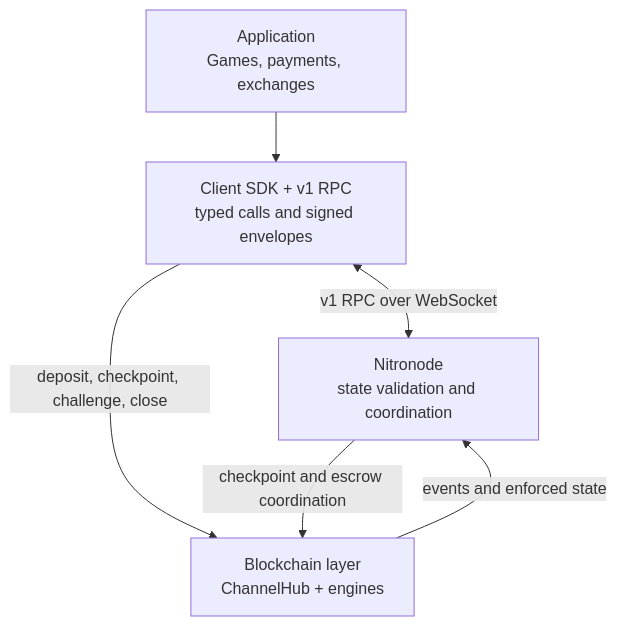
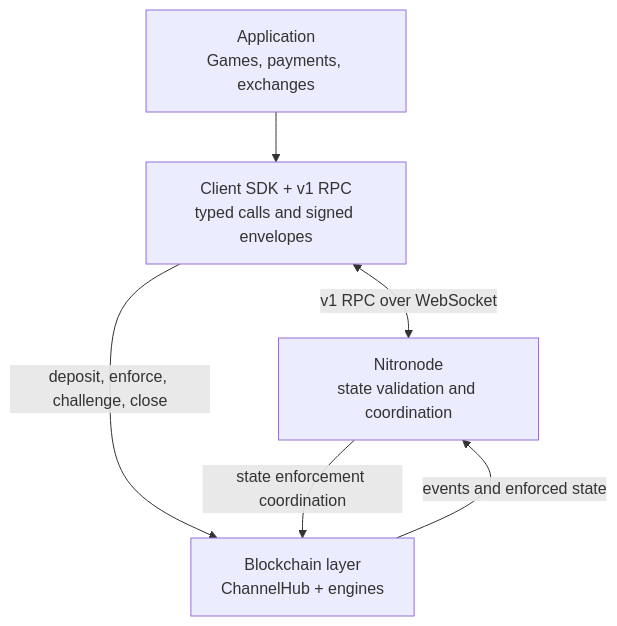
One commit to layer-3/docs changed the first of 3 diagrams in docs/nitrolite/learn/introduction/architecture-at-a-glance.mdx. Above: the diagram before and after it, drawn with Mermaid. The commit also changed other lines of this file and 20 other files, not shown here.

````diff
--- a/docs/nitrolite/learn/introduction/architecture-at-a-glance.mdx
+++ b/docs/nitrolite/learn/introduction/architecture-at-a-glance.mdx
@@ -16,13 +16,13 @@
 ```mermaid
 flowchart TB
   app["Application<br/>Games, payments, exchanges"]
   sdk["Client SDK + v1 RPC<br/>typed calls and signed envelopes"]
   node["Nitronode<br/>state validation and coordination"]
   chain["Blockchain layer<br/>ChannelHub + engines"]
 
   app --> sdk
   sdk <-->|"v1 RPC over WebSocket"| node
-  sdk -->|"deposit, checkpoint, challenge, close"| chain
-  node -->|"checkpoint and escrow coordination"| chain
+  sdk -->|"deposit, enforce, challenge, close"| chain
+  node -->|"state enforcement coordination"| chain
   chain -->|"events and enforced state"| node
 ```
````
